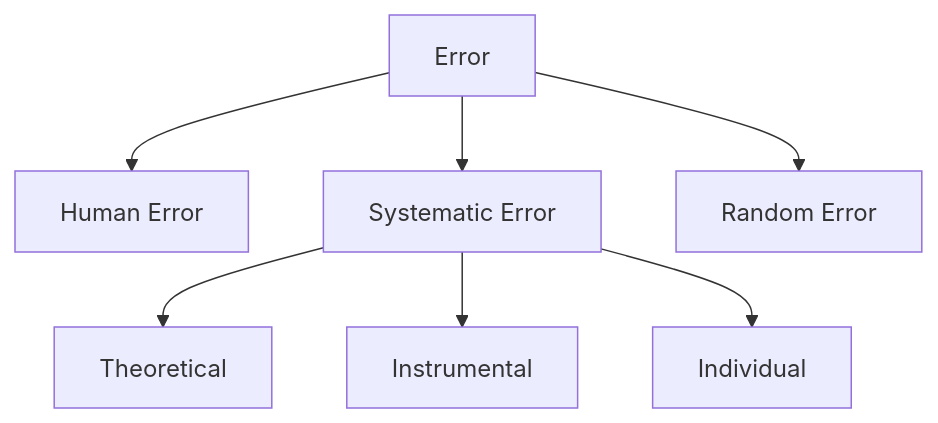
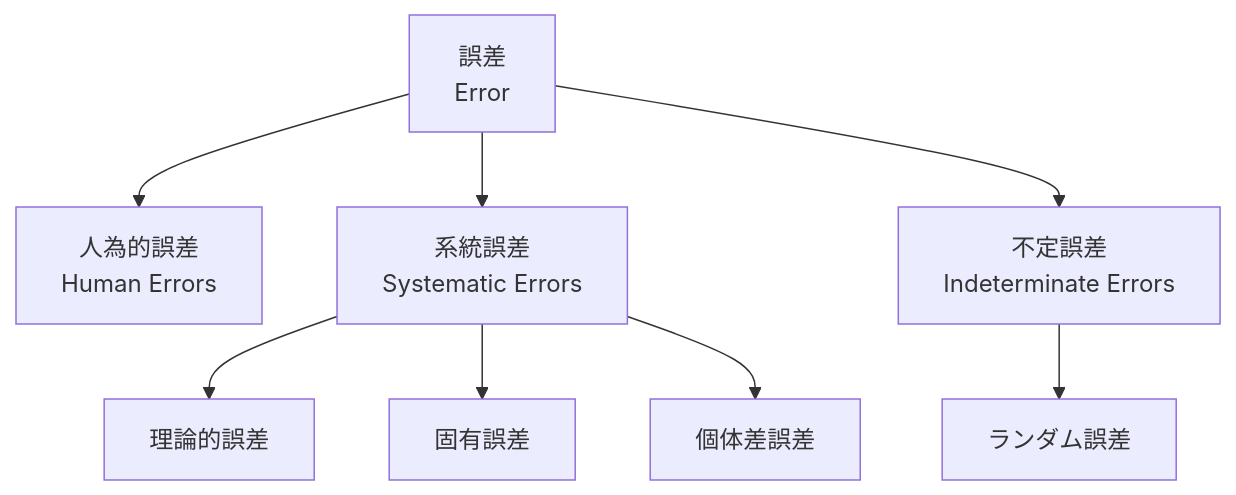
Before and after one commit to fit-ime-cao/keisoku-kogaku: the second of 2 diagrams in docs/weeks/week-02.md, drawn with Mermaid. The commit also changed other lines of this file and 2 other files, not shown here.

````diff
--- a/docs/weeks/week-02.md
+++ b/docs/weeks/week-02.md
@@ -26,9 +77,12 @@
 ```mermaid
 graph TD
-    A[Error] --> B[Human Error]
-    A --> C[Systematic Error]
-    A --> D[Random Error]
-    C --> E[Theoretical]
-    C --> F[Instrumental]
-    C --> G[Individual]
+    A[誤差<br>Error] --> B[人為的誤差<br>Human Errors]
+    A --> C[系統誤差<br>Systematic Errors]
+    A --> D[不定誤差<br>Indeterminate Errors]
+    
+    C --> E[理論的誤差]
+    C --> F[固有誤差]
+    C --> G[個体差誤差]
+    
+    D --> H[ランダム誤差]
 ```
````
